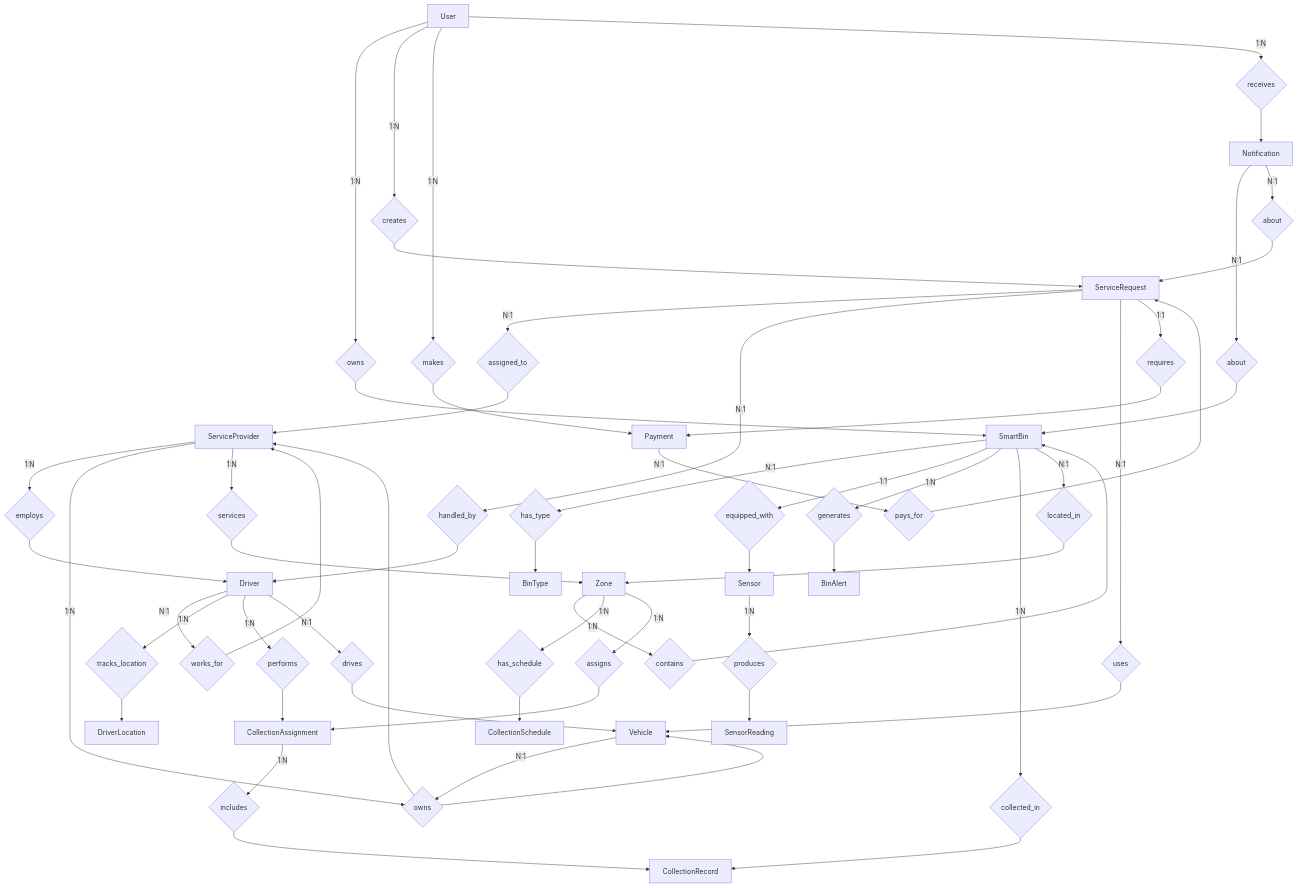
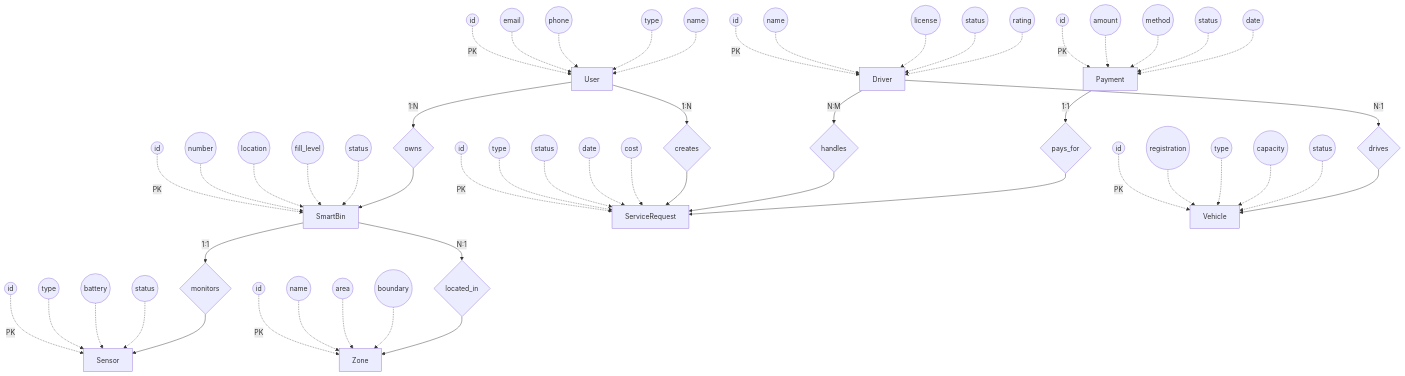
One commit to Ellis-Ayikwei/waste-wise changed the first of 8 diagrams in documentation/wasgo-erd.md. Above: the diagram before and after it, drawn with Mermaid. The commit also changed other lines of this file, not shown here.

Commit message:
Refactor ERD documentation to high-level conceptual view with simplified diagrams

````diff
--- a/documentation/wasgo-erd.md
+++ b/documentation/wasgo-erd.md
@@ -8,92 +10,127 @@
 ```mermaid
 graph TB
-    %% Entities (Rectangles)
+    %% USER ENTITY WITH ATTRIBUTES
     User[User]
+    u_id((id))
+    u_email((email))
+    u_phone((phone))
+    u_type((type))
+    u_name((name))
+    
+    u_id -.->|PK| User
+    u_email -.-> User
+    u_phone -.-> User
+    u_type -.-> User
+    u_name -.-> User
+    
+    %% SMART BIN ENTITY WITH ATTRIBUTES
     SmartBin[SmartBin]
-    BinType[BinType]
+    b_id((id))
+    b_number((number))
+    b_location((location))
+    b_fill((fill_level))
+    b_status((status))
+    
+    b_id -.->|PK| SmartBin
+    b_number -.-> SmartBin
+    b_location -.-> SmartBin
+    b_fill -.-> SmartBin
+    b_status -.-> SmartBin
+    
+    %% SERVICE REQUEST ENTITY WITH ATTRIBUTES
+    ServiceRequest[ServiceRequest]
+    sr_id((id))
+    sr_type((type))
+    sr_status((status))
+    sr_date((date))
+    sr_cost((cost))
+    
+    sr_id -.->|PK| ServiceRequest
+    sr_type -.-> ServiceRequest
+    sr_status -.-> ServiceRequest
+    sr_date -.-> ServiceRequest
+    sr_cost -.-> ServiceRequest
+    
+    %% DRIVER ENTITY WITH ATTRIBUTES
+    Driver[Driver]
+    d_id((id))
+    d_name((name))
+    d_license((license))
+    d_status((status))
+    d_rating((rating))
+    
+    d_id -.->|PK| Driver
+    d_name -.-> Driver
+    d_license -.-> Driver
+    d_status -.-> Driver
+    d_rating -.-> Driver
+    
+    %% VEHICLE ENTITY WITH ATTRIBUTES
+    Vehicle[Vehicle]
+    v_id((id))
+    v_reg((registration))
+    v_type((type))
+    v_capacity((capacity))
+    v_status((status))
+    
+    v_id -.->|PK| Vehicle
+    v_reg -.-> Vehicle
+    v_type -.-> Vehicle
+    v_capacity -.-> Vehicle
+    v_status -.-> Vehicle
+    
+    %% PAYMENT ENTITY WITH ATTRIBUTES
+    Payment[Payment]
+    p_id((id))
+    p_amount((amount))
+    p_method((method))
+    p_status((status))
+    p_date((date))
+    
+    p_id -.->|PK| Payment
+    p_amount -.-> Payment
+    p_method -.-> Payment
+    p_status -.-> Payment
+    p_date -.-> Payment
+    
+    %% ZONE ENTITY WITH ATTRIBUTES
+    Zone[Zone]
+    z_id((id))
+    z_name((name))
+    z_area((area))
+    z_boundary((boundary))
+    
+    z_id -.->|PK| Zone
+    z_name -.-> Zone
+    z_area -.-> Zone
+    z_boundary -.-> Zone
+    
+    %% SENSOR ENTITY WITH ATTRIBUTES
     Sensor[Sensor]
-    SensorReading[SensorReading]
-    BinAlert[BinAlert]
-    ServiceRequest[ServiceRequest]
-    Driver[Driver]
-    Vehicle[Vehicle]
-    ServiceProvider[ServiceProvider]
-    Payment[Payment]
-    Zone[Zone]
-    Notification[Notification]
-    CollectionSchedule[CollectionSchedule]
-    CollectionAssignment[CollectionAssignment]
-    CollectionRecord[CollectionRecord]
-    DriverLocation[DriverLocation]
-
-    %% Relationships (Diamonds)
+    s_id((id))
+    s_type((type))
+    s_battery((battery))
+    s_status((status))
+    
+    s_id -.->|PK| Sensor
+    s_type -.-> Sensor
+    s_battery -.-> Sensor
+    s_status -.-> Sensor
+    
+    %% MAIN RELATIONSHIPS
     owns{owns}
     creates{creates}
-    makes{makes}
-    receives{receives}
-    has_type{has_type}
-    equipped_with{equipped_with}
-    generates{generates}
-    produces{produces}
-    assigned_to{assigned_to}
-    handled_by{handled_by}
-    uses{uses}
-    requires{requires}
-    works_for{works_for}
-    tracks_location{tracks_location}
-    performs{performs}
+    monitors{monitors}
+    handles{handles}
     drives{drives}
-    employs{employs}
-    owns_vehicle{owns}
-    services{services}
+    pays_for{pays_for}
     located_in{located_in}
-    contains{contains}
-    has_schedule{has_schedule}
-    assigns{assigns}
-    includes{includes}
-    pays_for{pays_for}
-    about_bin{about}
-    about_request{about}
-    collected_in{collected_in}
-
-    %% Entity Relationships
+    
     User -->|1:N| owns --> SmartBin
     User -->|1:N| creates --> ServiceRequest
-    User -->|1:N| makes --> Payment
-    User -->|1:N| receives --> Notification
-    
-    SmartBin -->|N:1| has_type --> BinType
-    SmartBin -->|1:1| equipped_with --> Sensor
-    SmartBin -->|1:N| generates --> BinAlert
-    SmartBin -->|1:N| collected_in --> CollectionRecord
+    SmartBin -->|1:1| monitors --> Sensor
+    Driver -->|N:M| handles --> ServiceRequest
+    Driver -->|N:1| drives --> Vehicle
+    Payment -->|1:1| pays_for --> ServiceRequest
     SmartBin -->|N:1| located_in --> Zone
-    
-    Sensor -->|1:N| produces --> SensorReading
-    
-    ServiceRequest -->|N:1| assigned_to --> ServiceProvider
-    ServiceRequest -->|N:1| handled_by --> Driver
-    ServiceRequest -->|N:1| uses --> Vehicle
-    ServiceRequest -->|1:1| requires --> Payment
-    
-    Driver -->|N:1| works_for --> ServiceProvider
-    Driver -->|1:N| tracks_location --> DriverLocation
-    Driver -->|1:N| performs --> CollectionAssignment
-    Driver -->|N:1| drives --> Vehicle
-    
-    Vehicle -->|N:1| owns_vehicle --> ServiceProvider
-    
-    ServiceProvider -->|1:N| employs --> Driver
-    ServiceProvider -->|1:N| owns_vehicle --> Vehicle
-    ServiceProvider -->|1:N| services --> Zone
-    
-    Zone -->|1:N| contains --> SmartBin
-    Zone -->|1:N| has_schedule --> CollectionSchedule
-    Zone -->|1:N| assigns --> CollectionAssignment
-    
-    CollectionAssignment -->|1:N| includes --> CollectionRecord
-    
-    Payment -->|N:1| pays_for --> ServiceRequest
-    
-    Notification -->|N:1| about_bin --> SmartBin
-    Notification -->|N:1| about_request --> ServiceRequest
 ```
````
